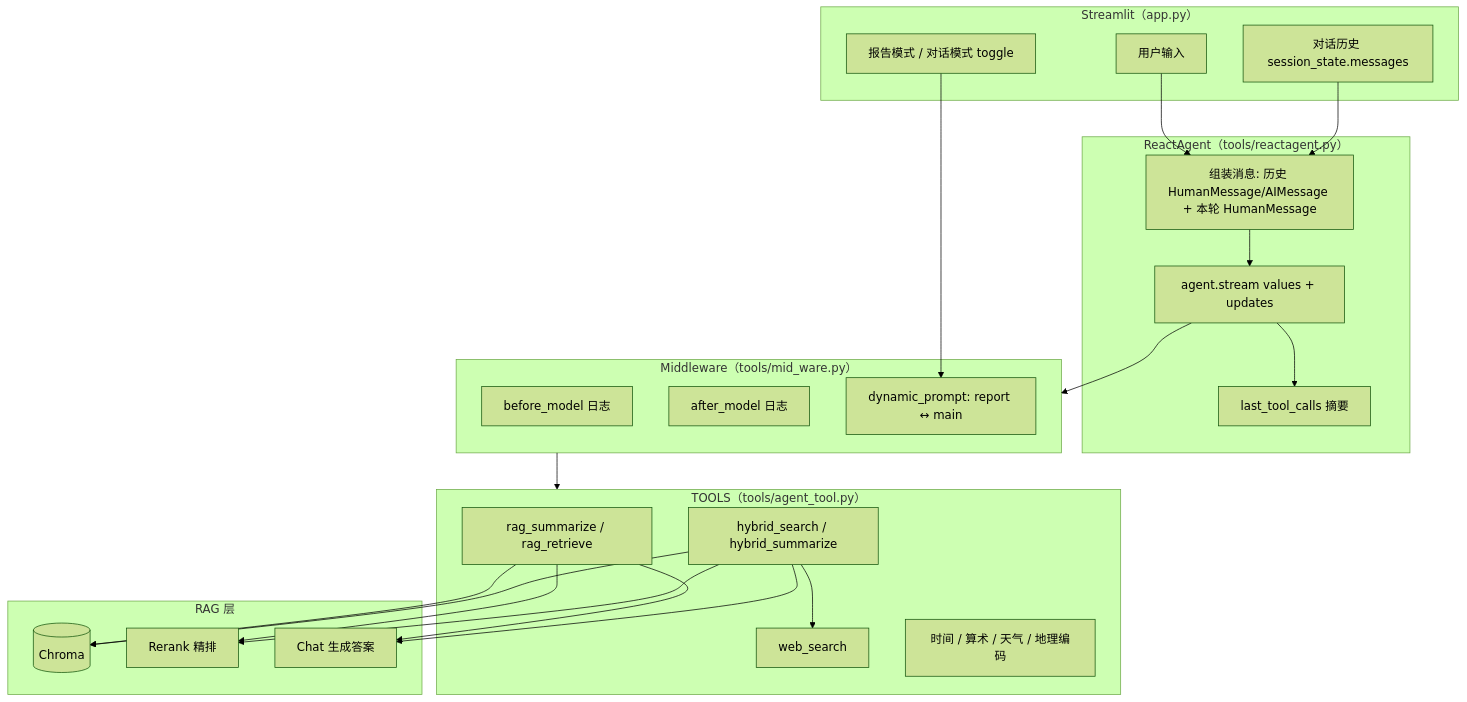
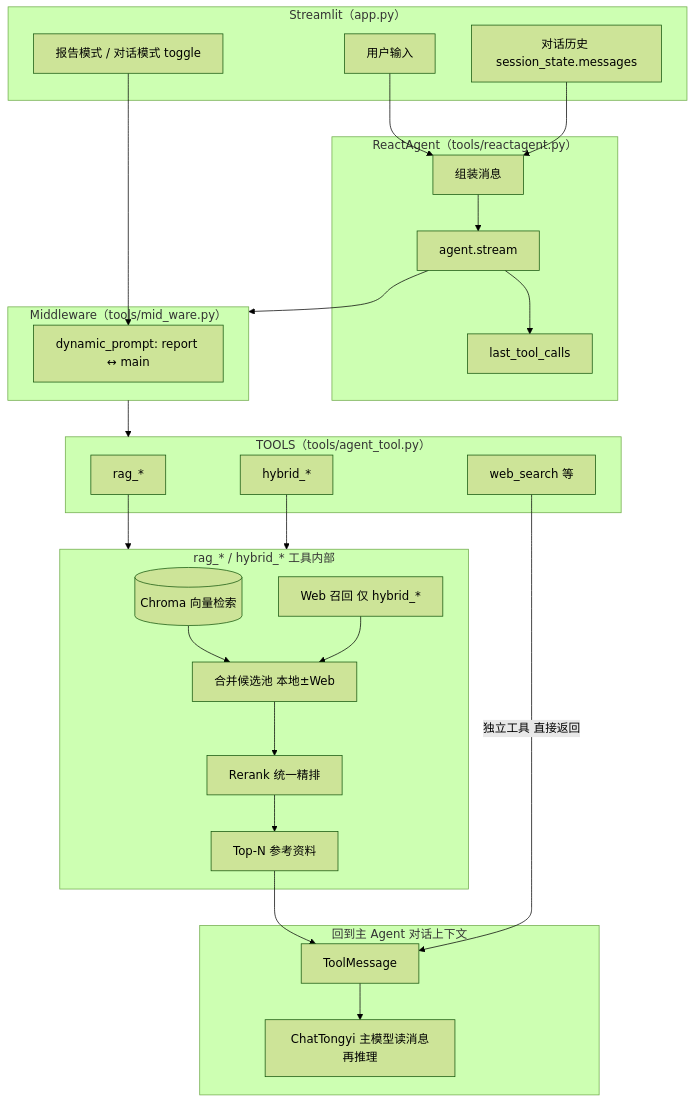
Before and after one commit to talisman0112/agent: the first of 2 diagrams in README.md, drawn with Mermaid (forest theme). The commit also changed other lines of this file, not shown here.

````diff
--- a/README.md
+++ b/README.md
@@ -108,48 +162,54 @@
 ```mermaid
 flowchart TB
     subgraph UI["Streamlit（app.py）"]
         U[用户输入]
         H[对话历史 session_state.messages]
         R[报告模式 / 对话模式 toggle]
     end
 
     subgraph Agent["ReactAgent（tools/reactagent.py）"]
-        M[组装消息: 历史 HumanMessage/AIMessage + 本轮 HumanMessage]
-        S[agent.stream values + updates]
-        TC[last_tool_calls 摘要]
+        M[组装消息]
+        S[agent.stream]
+        TC[last_tool_calls]
     end
 
     subgraph MW["Middleware（tools/mid_ware.py）"]
-        B[before_model 日志]
-        A[after_model 日志]
         P[dynamic_prompt: report ↔ main]
     end
 
     subgraph Tools["TOOLS（tools/agent_tool.py）"]
-        RAG[rag_summarize / rag_retrieve]
-        HY[hybrid_search / hybrid_summarize]
-        WS[web_search]
-        OT[时间 / 算术 / 天气 / 地理编码]
+        RAG[rag_*]
+        HY[hybrid_*]
+        WS[web_search 等]
     end
 
-    subgraph RAGLayer["RAG 层"]
-        VS[(Chroma)]
-        RR[Rerank 精排]
-        CM[Chat 生成答案]
+    subgraph RAGInner["rag_* / hybrid_* 工具内部"]
+        VS[(Chroma 向量检索)]
+        WEB[Web 召回 仅 hybrid_*]
+        POOL[合并候选池 本地±Web]
+        RR[Rerank 统一精排]
+        REF[Top-N 参考资料]
+        VS --> POOL
+        WEB --> POOL
+        POOL --> RR
+        RR --> REF
+    end
+
+    subgraph BackToAgent["回到主 Agent 对话上下文"]
+        TM[ToolMessage]
+        MAIN[ChatTongyi 主模型读消息再推理]
     end
 
     U --> M
     H --> M
     R --> P
     M --> S
     S --> MW
     MW --> Tools
-    RAG --> VS
-    RAG --> RR
-    HY --> VS
-    HY --> WS
-    HY --> RR
-    RAG --> CM
-    HY --> CM
+    RAG --> RAGInner
+    HY --> RAGInner
+    REF --> TM
+    WS -->|独立工具 直接返回| TM
+    TM --> MAIN
     S --> TC
 ```
````
